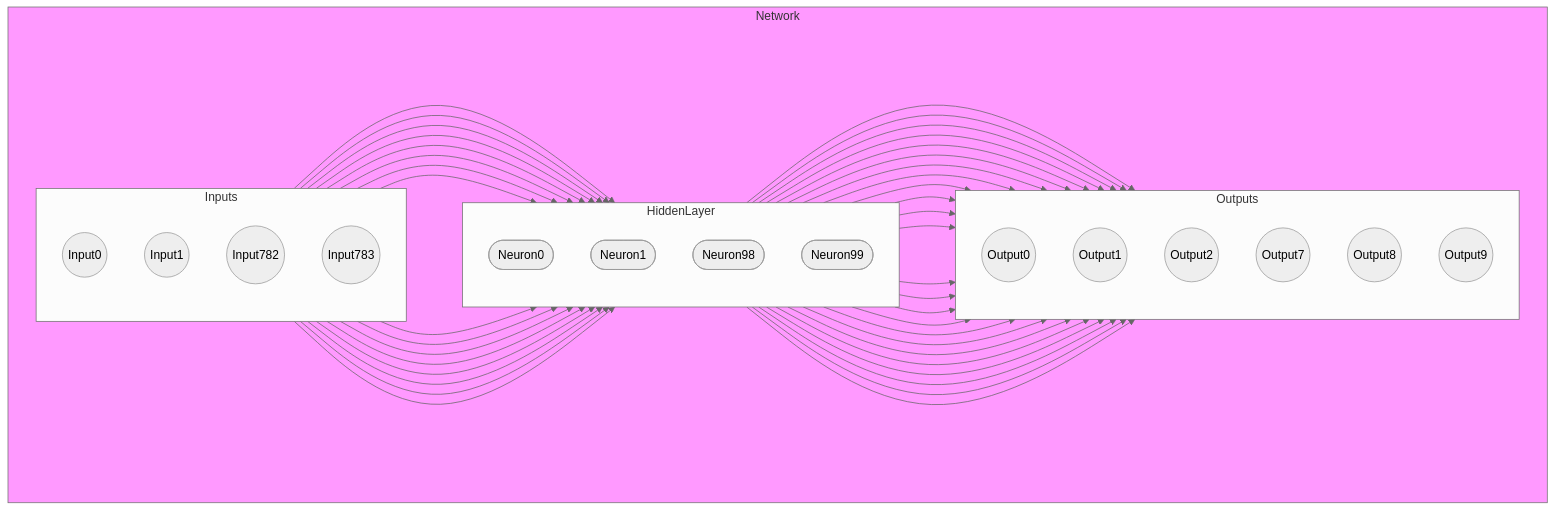
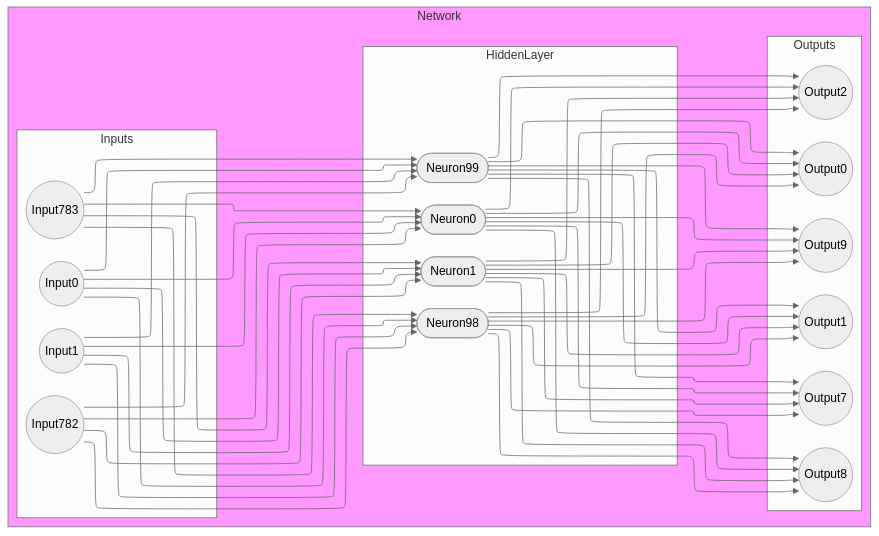
The diagram in notebooks/01_fashionMNIST/README.md (andrelohmann/ai-experiments), drawn with Mermaid (neutral theme) before and after one commit. The commit also changed other lines of this file, not shown here.

Commit message:
updated Network Graph

````diff
--- a/notebooks/01_fashionMNIST/README.md
+++ b/notebooks/01_fashionMNIST/README.md
@@ -15,41 +15,41 @@
 ```mermaid
-    
-    graph LR
+    %%{ init: { 'flowchart': { 'curve': 'linear', "defaultRenderer": "elk" } } }%%
+    flowchart LR
         subgraph Network
             direction LR
             style Network fill:#f9f
             linkStyle default interpolate basis
             %%{ init: { 'flowchart': { 'curve': 'linear' } } }%%
             I0 --> N0 & N1 & N98 & N99
             I1 --> N0 & N1 & N98 & N99
             I782 --> N0 & N1 & N98 & N99
             I783 --> N0 & N1 & N98 & N99
             subgraph Inputs
                 direction TB
                 I0((Input0));
                 I1((Input1));
                 I782((Input782));
                 I783((Input783));
             end
             N0 --> O0 & O1 & O2 & O7 & O8 & O9
             N1 --> O0 & O1 & O2 & O7 & O8 & O9
             N98 --> O0 & O1 & O2 & O7 & O8 & O9
             N99 --> O0 & O1 & O2 & O7 & O8 & O9
             subgraph HiddenLayer
                 direction TB
                 N0([Neuron0]);
                 N1([Neuron1]);
                 N98([Neuron98]);
                 N99([Neuron99]);
             end
             subgraph Outputs
                 direction TB
                 O0((Output0));
                 O1((Output1));
                 O2((Output2));
                 O7((Output7));
                 O8((Output8));
                 O9((Output9));
             end
         end
 ```
````
